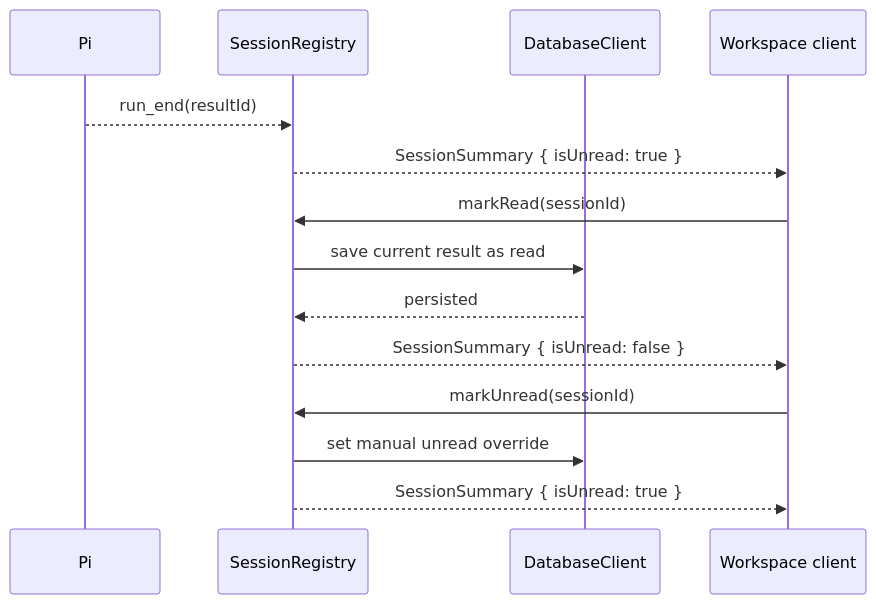
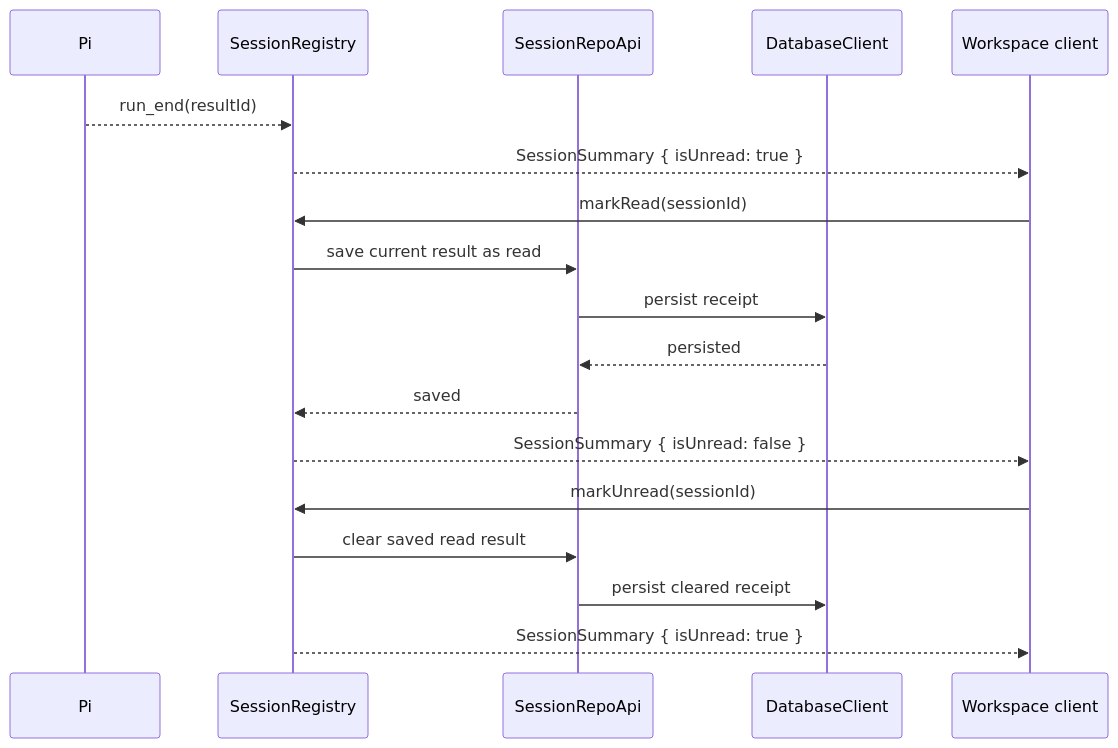
One commit to cashew-labs/halo changed the second of 2 diagrams in specs/thread-archive-unread-status.md. Above: the diagram before and after it, drawn with Mermaid. The commit also changed other lines of this file and 8 other files, not shown here.

````diff
--- a/specs/thread-archive-unread-status.md
+++ b/specs/thread-archive-unread-status.md
@@ -19,17 +20,21 @@
 ```mermaid
 sequenceDiagram
     participant Pi
     participant Registry as SessionRegistry
+    participant Repo as SessionRepoApi
     participant Database as DatabaseClient
     participant Client as Workspace client
 
     Pi-->>Registry: run_end(resultId)
     Registry-->>Client: SessionSummary { isUnread: true }
     Client->>Registry: markRead(sessionId)
-    Registry->>Database: save current result as read
-    Database-->>Registry: persisted
+    Registry->>Repo: save current result as read
+    Repo->>Database: persist receipt
+    Database-->>Repo: persisted
+    Repo-->>Registry: saved
     Registry-->>Client: SessionSummary { isUnread: false }
     Client->>Registry: markUnread(sessionId)
-    Registry->>Database: set manual unread override
+    Registry->>Repo: clear saved read result
+    Repo->>Database: persist cleared receipt
     Registry-->>Client: SessionSummary { isUnread: true }
 ```
````
